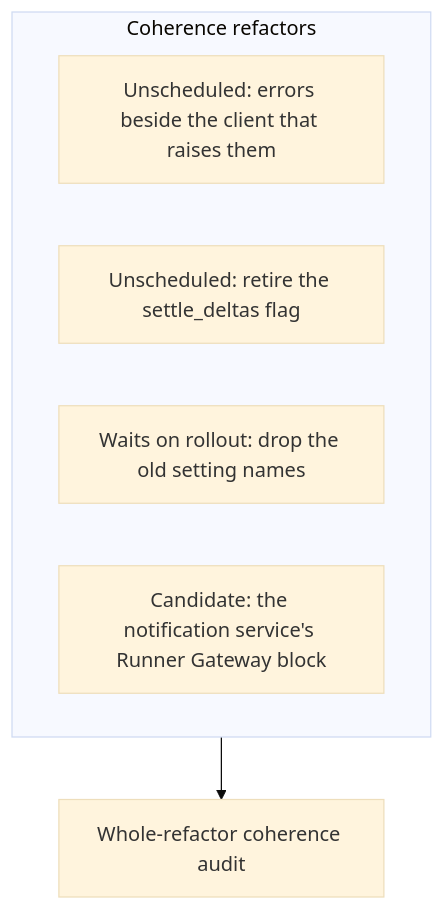
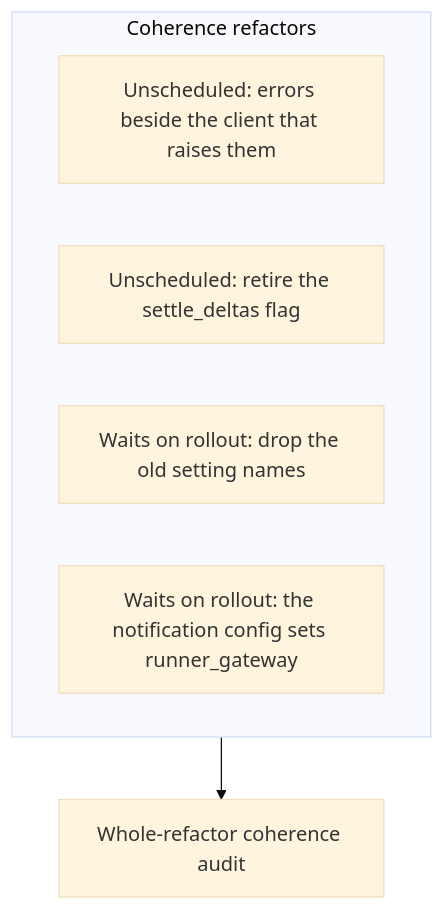
Diagram 14 of 14 in agentplane/plans/task_dag.md (agentydragon-agent/ducktape), drawn with Mermaid (base theme) before and after one commit. The commit also changed other lines of this file and 5 other files, not shown here.

First line of the commit message:
agentplane: notification settings get a runner_gateway block (#10145)

````diff
--- a/agentplane/plans/task_dag.md
+++ b/agentplane/plans/task_dag.md
@@ -927,10 +927,10 @@
 ```mermaid
 flowchart TD
     subgraph COHERENCE_REFACTORS[Coherence refactors]
         RUNNER_ERRORS_REHOME[Unscheduled: errors beside the client that raises them]
         SETTLE_DELTAS_ALWAYS_ON[Unscheduled: retire the settle_deltas flag]
         SERVICE_SETTING_OLD_NAMES_DROP[Waits on rollout: drop the old setting names]
-        NOTIFICATION_GATEWAY_SETTINGS[Candidate: the notification service's Runner Gateway block]
+        NOTIFICATION_GATEWAY_SETTINGS[Waits on rollout: the notification config sets runner_gateway]
     end
     COHERENCE_REFACTORS --> REFACTOR_COHERENCE_AUDIT[Whole-refactor coherence audit]
 ```
````
